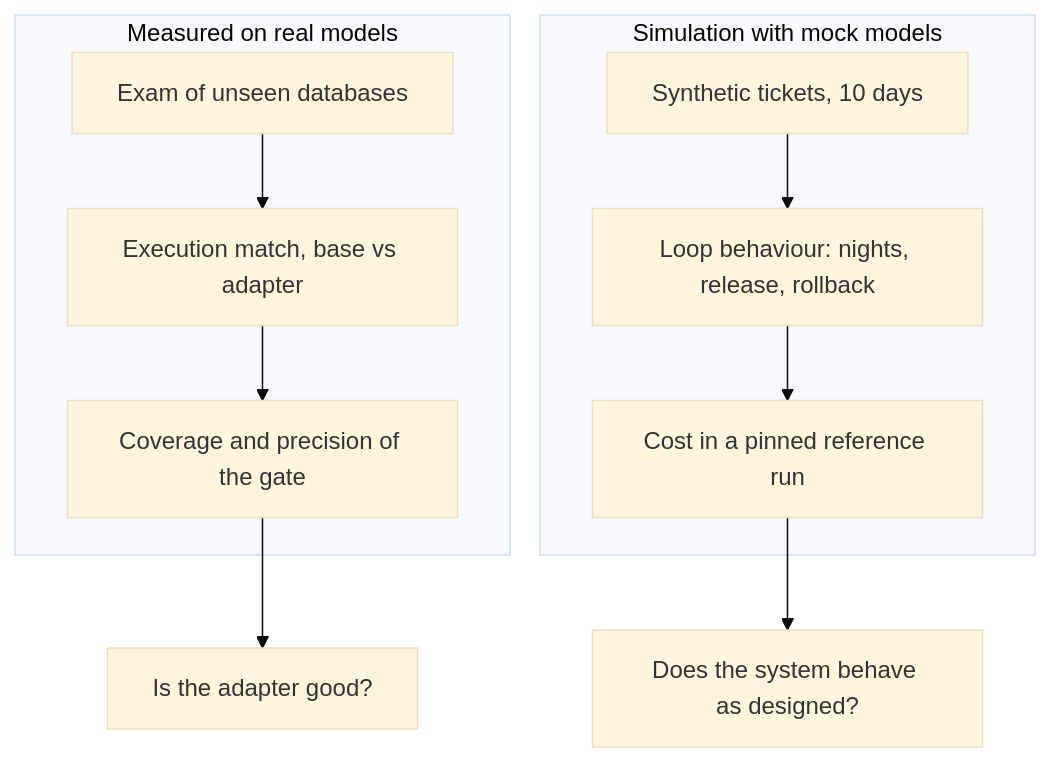
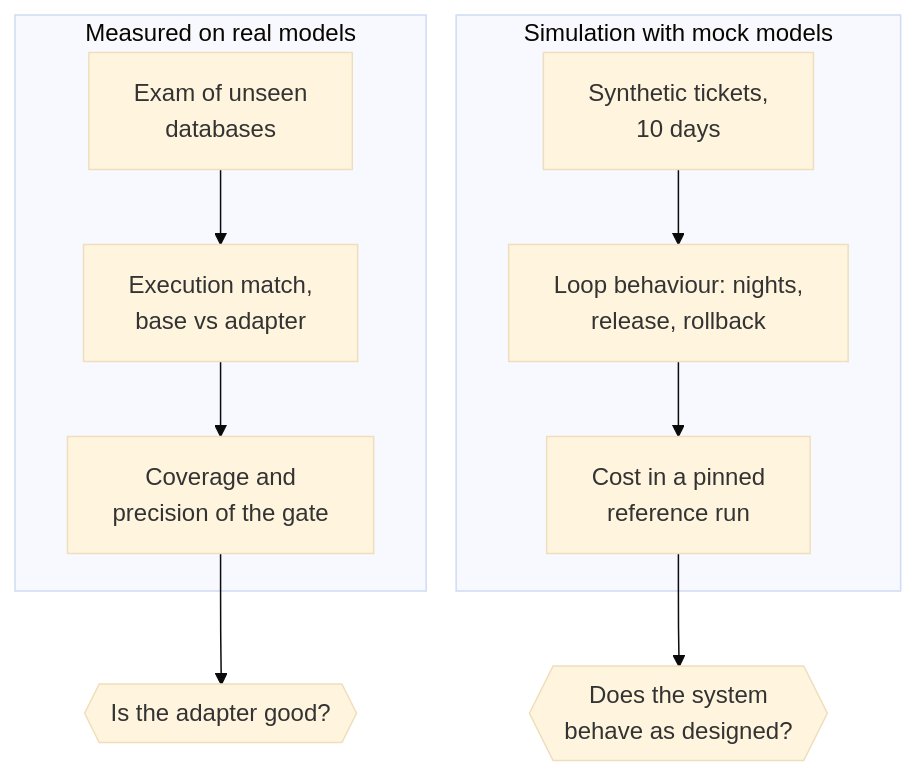
The second of 2 diagrams in docs-site/src/content/docs/guides/results.mdx (harshbhx/ratchet), drawn with Mermaid (base theme) before and after one commit. The commit also changed other lines of this file and 25 other files, not shown here.

````diff
--- a/docs-site/src/content/docs/guides/results.mdx
+++ b/docs-site/src/content/docs/guides/results.mdx
@@ -82,13 +122,17 @@
 ```mermaid
-flowchart TD
+flowchart TB
   subgraph REAL["Measured on real models"]
-    A1["Exam of unseen databases"] --> A2["Execution match, base vs adapter"]
-    A2 --> A3["Coverage and precision of the gate"]
+    A1["Exam of unseen<br/>databases"] --> A2["Execution match,<br/>base vs adapter"]
+    A2 --> A3["Coverage and<br/>precision of the gate"]
   end
   subgraph SIM["Simulation with mock models"]
-    B1["Synthetic tickets, 10 days"] --> B2["Loop behaviour: nights, release, rollback"]
-    B2 --> B3["Cost in a pinned reference run"]
+    B1["Synthetic tickets,<br/>10 days"] --> B2["Loop behaviour: nights,<br/>release, rollback"]
+    B2 --> B3["Cost in a pinned<br/>reference run"]
   end
-  A3 --> Q["Is the adapter good?"]
-  B3 --> Q2["Does the system behave as designed?"]
+  A3 --> Q{{"Is the adapter good?"}}
+  B3 --> Q2{{"Does the system<br/>behave as designed?"}}
+  class A1,A2,A3 student
+  class B1,B2,B3 outline
+  class REAL studentZone
+  class SIM outlineZone
 ```
````
